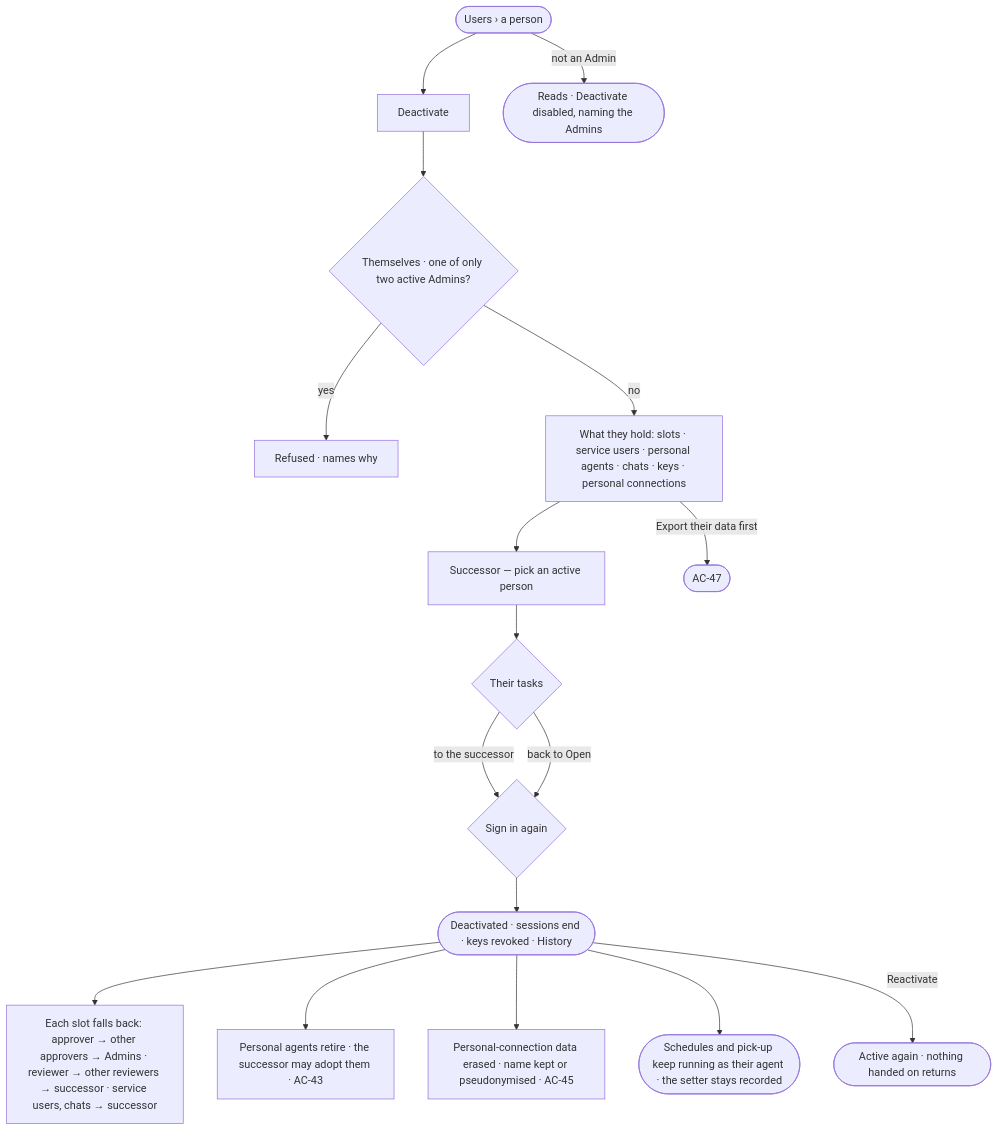
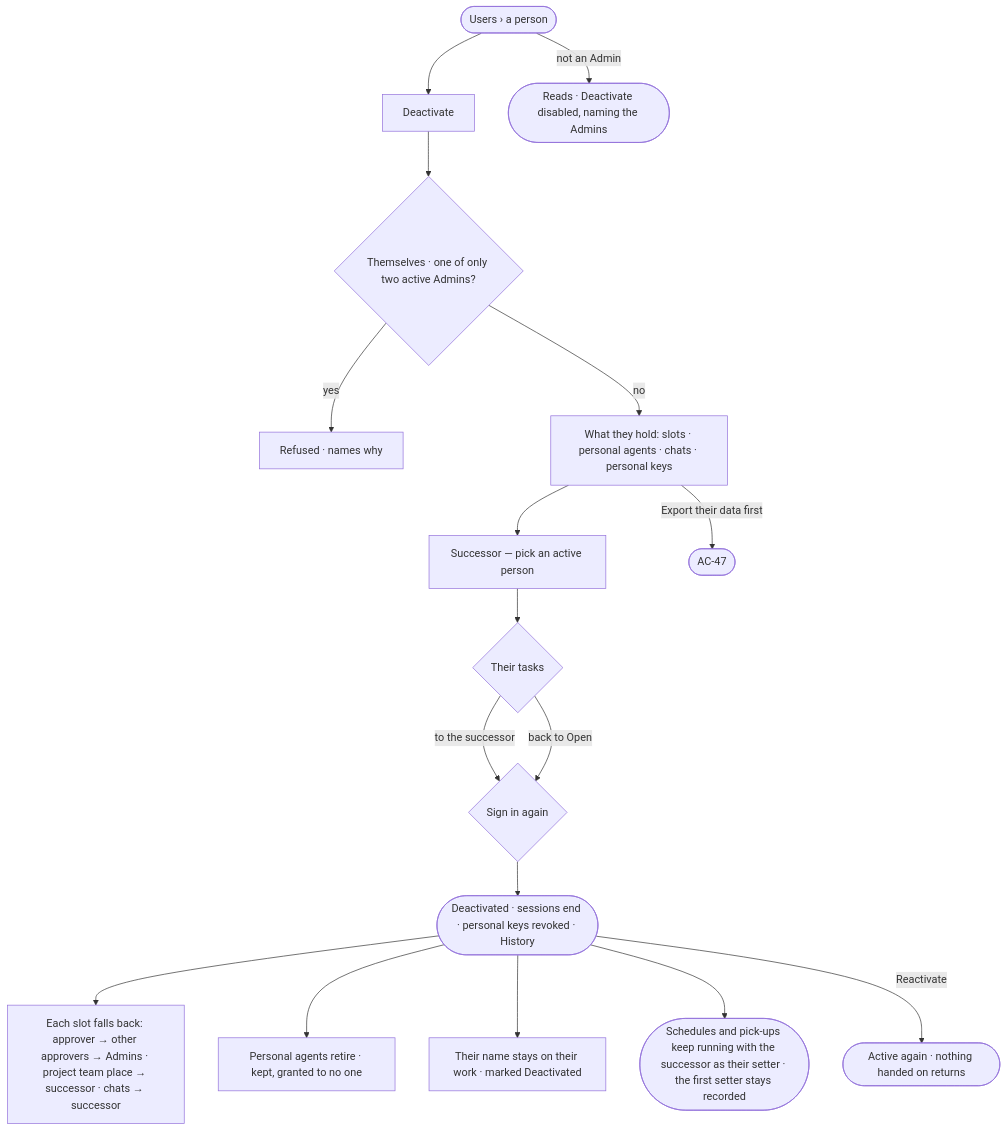
The diagram in specs/os/access/features/AC-F03-directory/stories/AC-23-deactivate-a-person-who-leaves/story.md (invana/invana), drawn with Mermaid before and after one commit. The commit also changed other lines of this file and 456 other files, not shown here.

````diff
--- a/specs/os/access/features/AC-F03-directory/stories/AC-23-deactivate-a-person-who-leaves/story.md
+++ b/specs/os/access/features/AC-F03-directory/stories/AC-23-deactivate-a-person-who-leaves/story.md
@@ -26,19 +26,19 @@
 ```mermaid
 flowchart TD
   s([Users › a person]) --> d["Deactivate"]
   d --> chk{"Themselves · one of only two active Admins?"}
   chk -->|yes| no["Refused · names why"]
-  chk -->|no| o["What they hold: slots · service users · personal agents · chats · keys · personal connections"]
+  chk -->|no| o["What they hold: slots · personal agents · chats · personal keys"]
   o --> su["Successor — pick an active person"]
   su --> tk{"Their tasks"}
   tk -->|to the successor| pw
   tk -->|back to Open| pw
   o -->|Export their data first| ex(["AC-47"])
-  pw{"Sign in again"} --> done(["Deactivated · sessions end · keys revoked · History"])
-  done --> sl["Each slot falls back: approver → other approvers → Admins · reviewer → other reviewers → successor · service users, chats → successor"]
-  done --> ag["Personal agents retire · the successor may adopt them · AC-43"]
-  done --> pd["Personal-connection data erased · name kept or pseudonymised · AC-45"]
-  done --> sch(["Schedules and pick-up keep running as their agent · the setter stays recorded"])
+  pw{"Sign in again"} --> done(["Deactivated · sessions end · personal keys revoked · History"])
+  done --> sl["Each slot falls back: approver → other approvers → Admins · project team place → successor · chats → successor"]
+  done --> ag["Personal agents retire · kept, granted to no one"]
+  done --> nm["Their name stays on their work · marked Deactivated"]
+  done --> sch(["Schedules and pick-ups keep running with the successor as their setter · the first setter stays recorded"])
   done -->|Reactivate| re(["Active again · nothing handed on returns"])
   s -->|not an Admin| ro(["Reads · Deactivate disabled, naming the Admins"])
 ```
````
